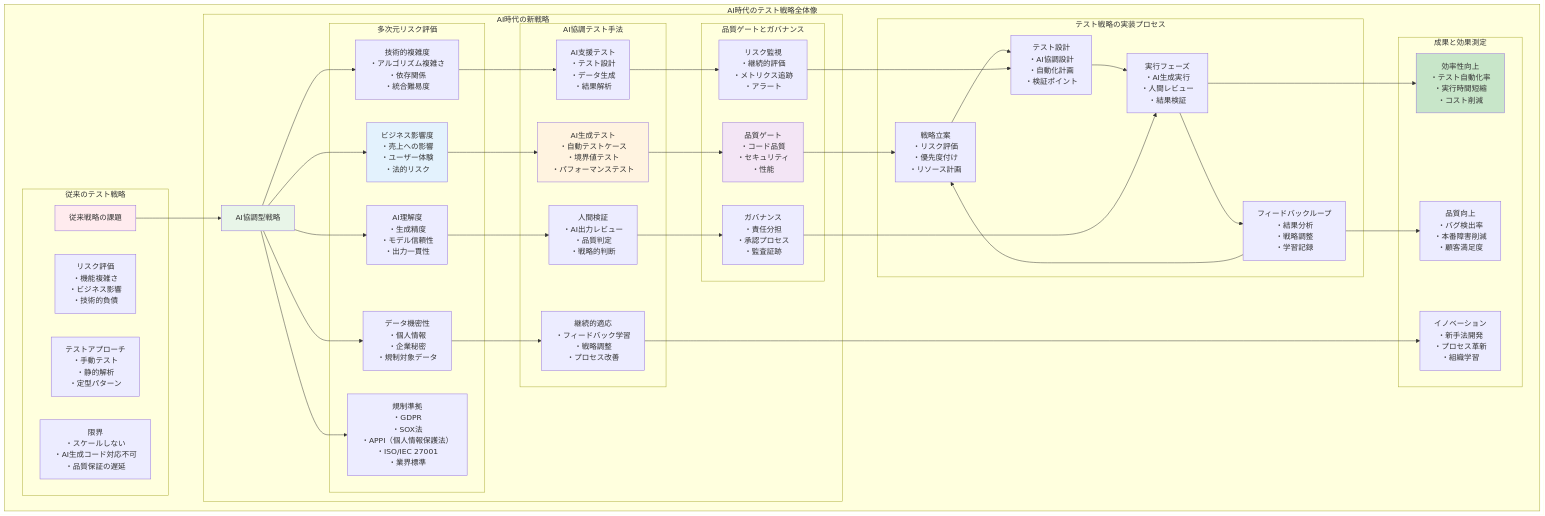
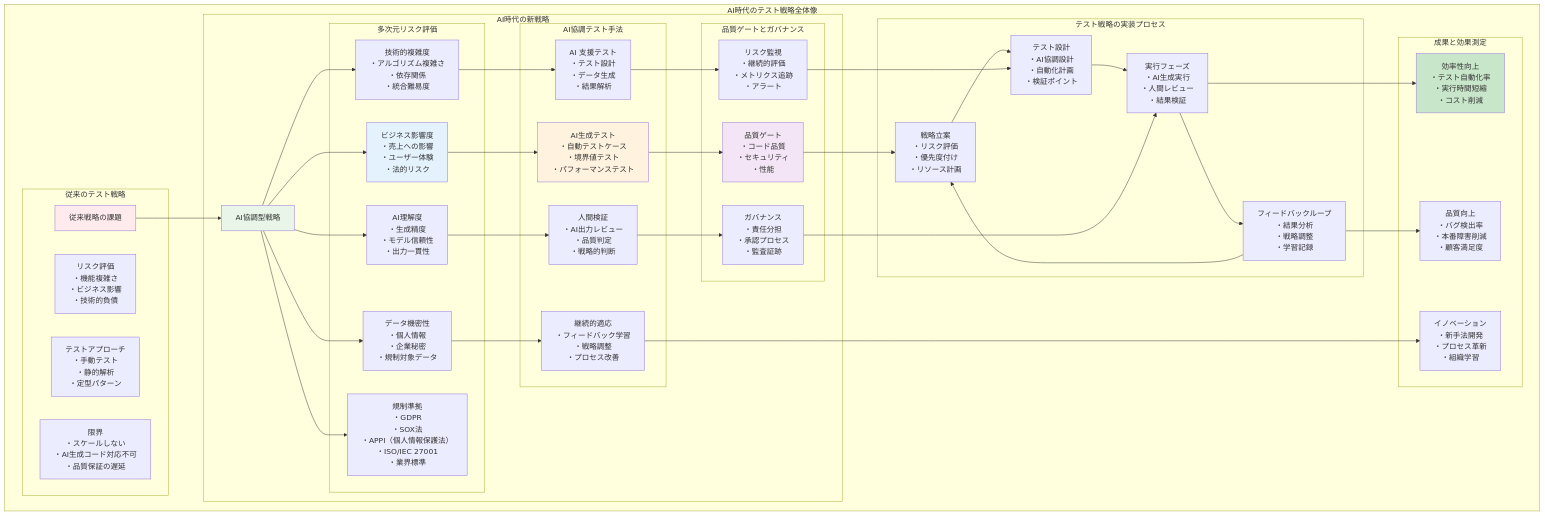
Before and after one commit to itdojp/ai-testing-strategy-book: the diagram in docs/_includes/chapter-04-ai-testing-strategy-body.md, drawn with Mermaid. The commit also changed other lines of this file and 45 other files, not shown here.

```diff
--- a/docs/_includes/chapter-04-ai-testing-strategy-body.md
+++ b/docs/_includes/chapter-04-ai-testing-strategy-body.md
@@ -38,7 +38,7 @@
 
             subgraph "AI協調テスト手法"
                 AIGenerated["AI生成テスト<br/>・自動テストケース<br/>・境界値テスト<br/>・パフォーマンステスト"]
-                AIAssisted["AI支援テスト<br/>・テスト設計<br/>・データ生成<br/>・結果解析"]
+                AIAssisted["AI 支援テスト<br/>・テスト設計<br/>・データ生成<br/>・結果解析"]
                 HumanVerification["人間検証<br/>・AI出力レビュー<br/>・品質判定<br/>・戦略的判断"]
                 ContinuousAdaptation["継続的適応<br/>・フィードバック学習<br/>・戦略調整<br/>・プロセス改善"]
             end
```
